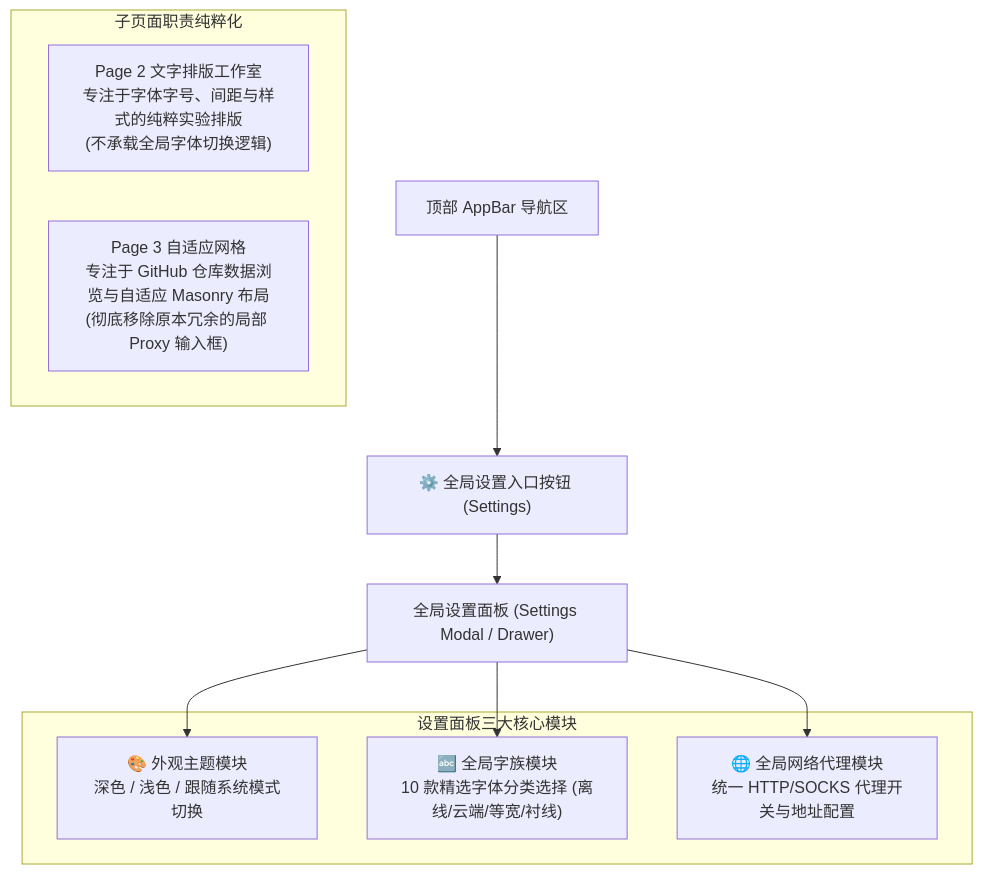
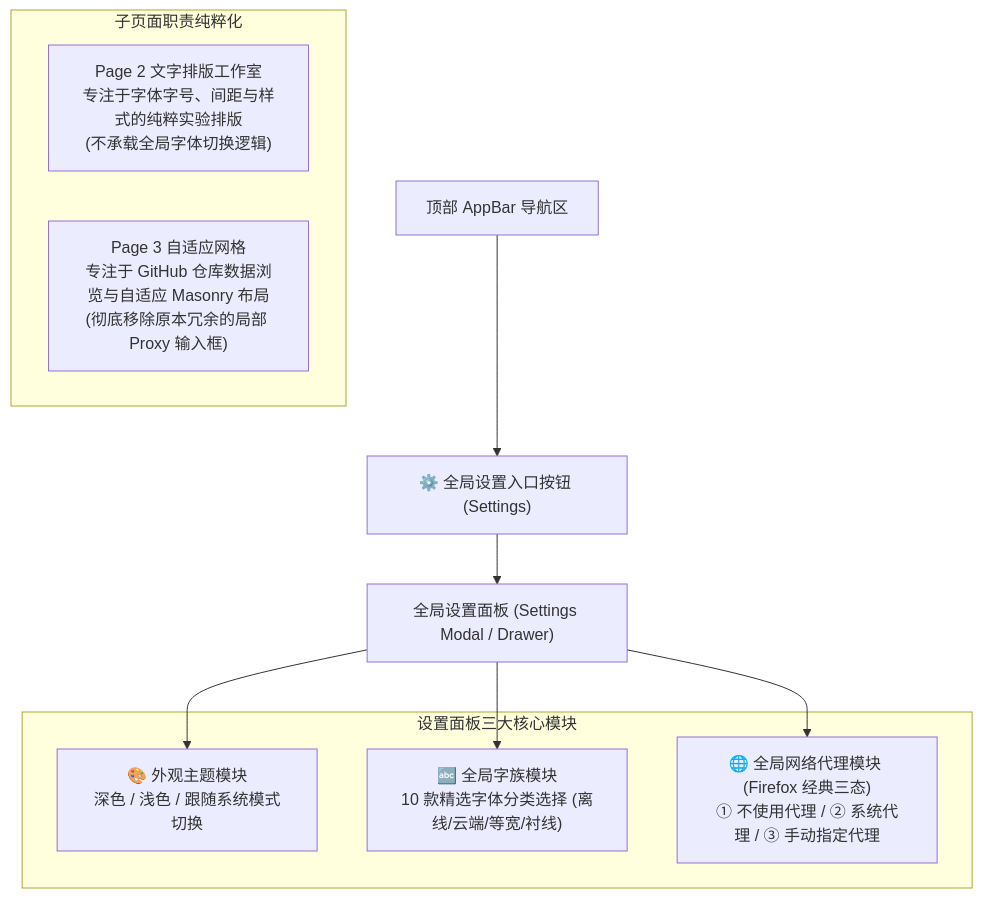
One commit to VincentZyuApps/dart-flutter-demo changed the first of 3 diagrams in doc/dev/20261113.新版本0.6.x的字体和界面ui等等优化捏/20261113.新版本0.6.x的字体和界面ui等等优化捏.md. Above: the diagram before and after it, drawn with Mermaid. The commit also changed other lines of this file, not shown here.

First line of the commit message:
docs(dev): 纳入类似 Firefox 的经典三态单选全局网络代理规划

````diff
--- a/doc/dev/20261113.新版本0.6.x的字体和界面ui等等优化捏/20261113.新版本0.6.x的字体和界面ui等等优化捏.md
+++ b/doc/dev/20261113.新版本0.6.x的字体和界面ui等等优化捏/20261113.新版本0.6.x的字体和界面ui等等优化捏.md
@@ -18,20 +18,20 @@
 ```mermaid
 graph TD
     AppBar["顶部 AppBar 导航区"] --> SettingsBtn["⚙️ 全局设置入口按钮 (Settings)"]
     SettingsBtn --> Modal["全局设置面板 (Settings Modal / Drawer)"]
 
     subgraph Modal_Content["设置面板三大核心模块"]
         M1["🎨 外观主题模块<br/>深色 / 浅色 / 跟随系统模式切换"]
         M2["🔤 全局字族模块<br/>10 款精选字体分类选择 (离线/云端/等宽/衬线)"]
-        M3["🌐 全局网络代理模块<br/>统一 HTTP/SOCKS 代理开关与地址配置"]
+        M3["🌐 全局网络代理模块 (Firefox 经典三态)<br/>① 不使用代理 / ② 系统代理 / ③ 手动指定代理"]
     end
 
     Modal --> M1
     Modal --> M2
     Modal --> M3
 
     subgraph Pages_Cleaned["子页面职责纯粹化"]
         P2["Page 2 文字排版工作室<br/>专注于字体字号、间距与样式的纯粹实验排版<br/>(不承载全局字体切换逻辑)"]
         P3["Page 3 自适应网格<br/>专注于 GitHub 仓库数据浏览与自适应 Masonry 布局<br/>(彻底移除原本冗余的局部 Proxy 输入框)"]
     end
 ```
````
